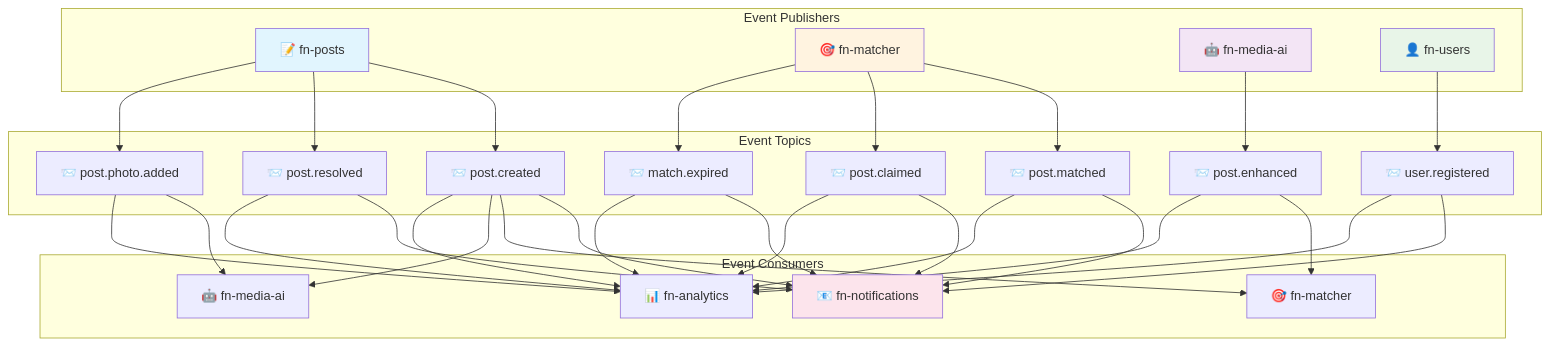
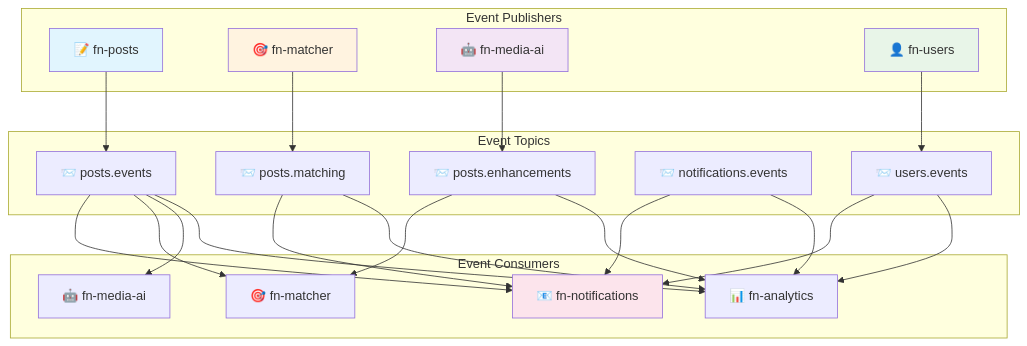
One commit to findly-now/fn-docs changed the third of 12 diagrams in DOMAIN-INTERACTIONS.md. Above: the diagram before and after it, drawn with Mermaid. The commit also changed other lines of this file and 10 other files, not shown here.

````diff
--- a/DOMAIN-INTERACTIONS.md
+++ b/DOMAIN-INTERACTIONS.md
@@ -192,70 +189,54 @@
 ```mermaid
 graph TD
     subgraph "Event Publishers"
         EP1[📝 fn-posts]
         EP2[🎯 fn-matcher]
         EP3[🤖 fn-media-ai]
         EP4[👤 fn-users]
     end
 
     subgraph "Event Topics"
-        ET1[📨 post.created]
-        ET2[📨 post.matched]
-        ET3[📨 post.claimed]
-        ET4[📨 post.resolved]
-        ET5[📨 post.enhanced]
-        ET6[📨 user.registered]
-        ET7[📨 match.expired]
-        ET8[📨 post.photo.added]
+        ET1[📨 posts.events]
+        ET2[📨 posts.matching]
+        ET3[📨 posts.enhancements]
+        ET4[📨 notifications.events]
+        ET5[📨 users.events]
     end
 
     subgraph "Event Consumers"
         EC1[📧 fn-notifications]
         EC2[🎯 fn-matcher]
         EC3[🤖 fn-media-ai]
         EC4[📊 fn-analytics]
     end
 
     %% Publishers to Topics
     EP1 --> ET1
-    EP1 --> ET4
-    EP1 --> ET8
     EP2 --> ET2
-    EP2 --> ET3
-    EP2 --> ET7
-    EP3 --> ET5
-    EP4 --> ET6
+    EP3 --> ET3
+    EP4 --> ET5
 
     %% Topics to Consumers
     ET1 --> EC1
     ET1 --> EC2
     ET1 --> EC3
     ET1 --> EC4
 
     ET2 --> EC1
     ET2 --> EC4
 
-    ET3 --> EC1
+    ET3 --> EC2
     ET3 --> EC4
 
     ET4 --> EC1
     ET4 --> EC4
 
-    ET5 --> EC2
+    ET5 --> EC1
     ET5 --> EC4
-
-    ET6 --> EC1
-    ET6 --> EC4
-
-    ET7 --> EC1
-    ET7 --> EC4
-
-    ET8 --> EC3
-    ET8 --> EC4
 
     style EP1 fill:#e1f5fe
     style EP2 fill:#fff3e0
     style EP3 fill:#f3e5f5
     style EP4 fill:#e8f5e8
     style EC1 fill:#fce4ec
 ```
````
